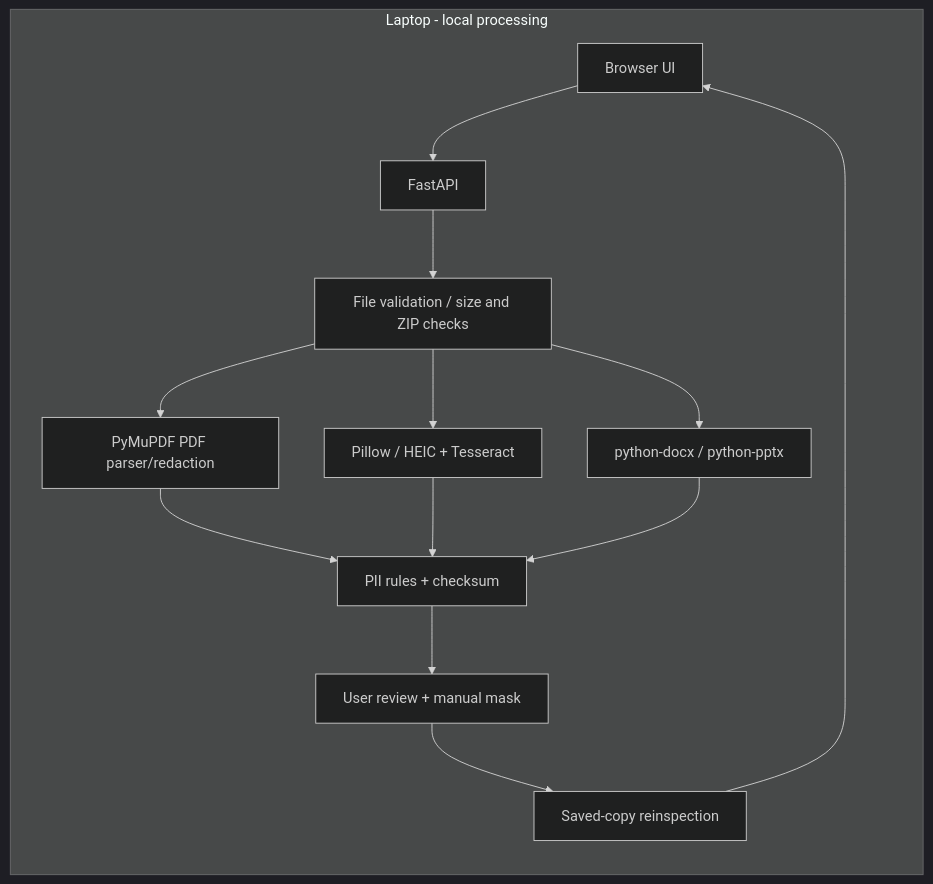
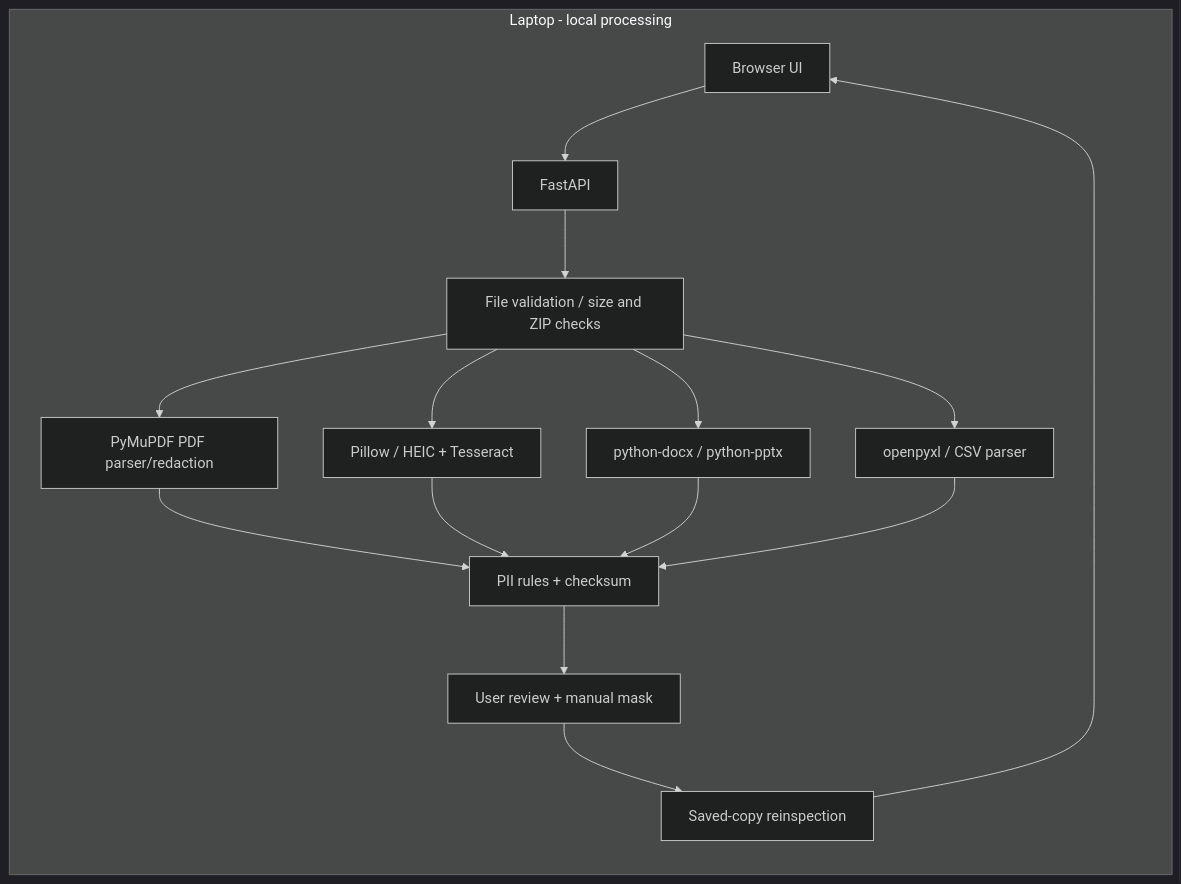
The second of 2 diagrams in README.md (krutharth-dev/ShareShield), drawn with Mermaid (dark theme) before and after one commit. The commit also changed other lines of this file, not shown here.

````diff
--- a/README.md
+++ b/README.md
@@ -55,16 +57,18 @@
 ```mermaid
 flowchart LR
     subgraph Device["Laptop - local processing"]
       B[Browser UI] --> API[FastAPI]
       API --> C[File validation / size and ZIP checks]
       C --> PDF[PyMuPDF PDF parser/redaction]
       C --> IMG[Pillow / HEIC + Tesseract]
       C --> DOC[python-docx / python-pptx]
+      C --> SHEET[openpyxl / CSV parser]
       PDF --> PAT[PII rules + checksum]
       IMG --> PAT
       DOC --> PAT
+      SHEET --> PAT
       PAT --> USER[User review + manual mask]
       USER --> VERIFY[Saved-copy reinspection]
       VERIFY --> B
     end
 ```
````
